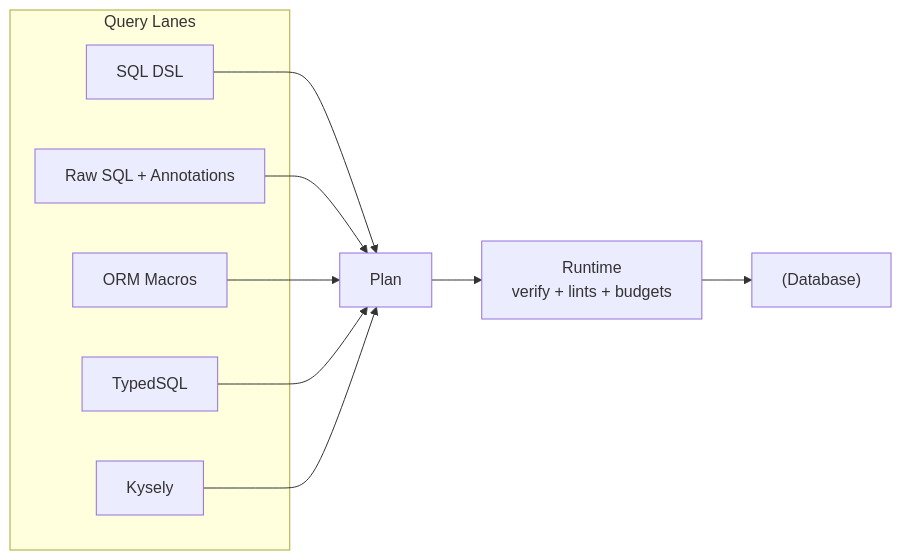
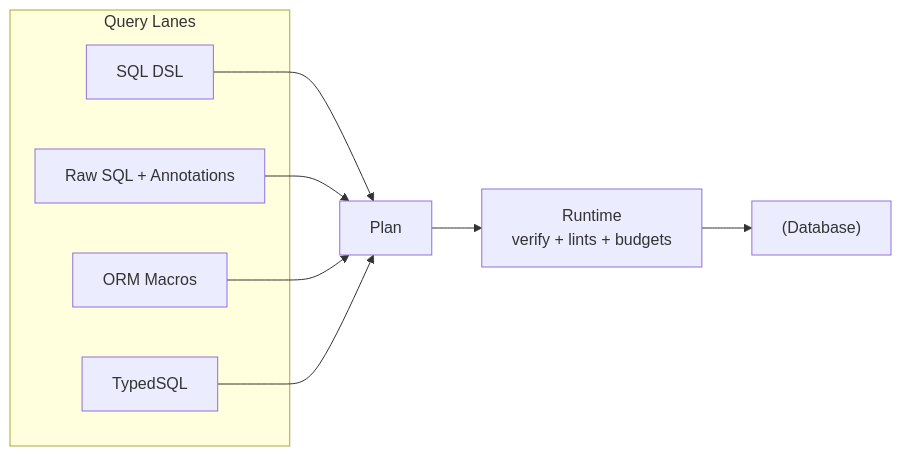
Before and after one commit to prisma/prisma-next: the diagram in docs/architecture docs/subsystems/3. Query Lanes.md, drawn with Mermaid. The commit also changed other lines of this file and 12 other files, not shown here.

````diff
--- a/docs/architecture docs/subsystems/3. Query Lanes.md
+++ b/docs/architecture docs/subsystems/3. Query Lanes.md
@@ -11,19 +11,17 @@
 ```mermaid
 flowchart LR
   subgraph "Query Lanes"
     DSL[SQL DSL]
     RAW["Raw SQL + Annotations"]
     ORM[ORM Macros]
     TSQL[TypedSQL]
-    KYS[Kysely]
   end
   DSL --> PLAN
   RAW --> PLAN
   ORM --> PLAN
   TSQL --> PLAN
-  KYS --> PLAN
   PLAN[Plan]
   PLAN --> RT[Runtime
   verify + lints + budgets]
   RT --> DB["(Database)"]
 ```
````
